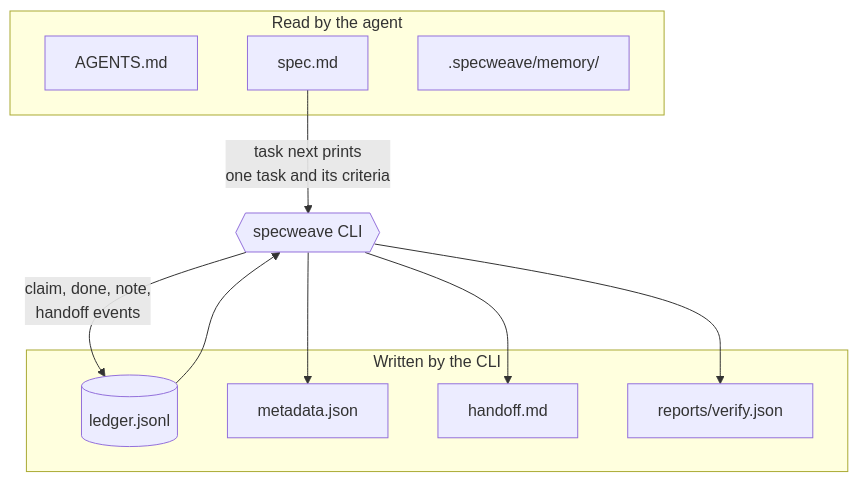
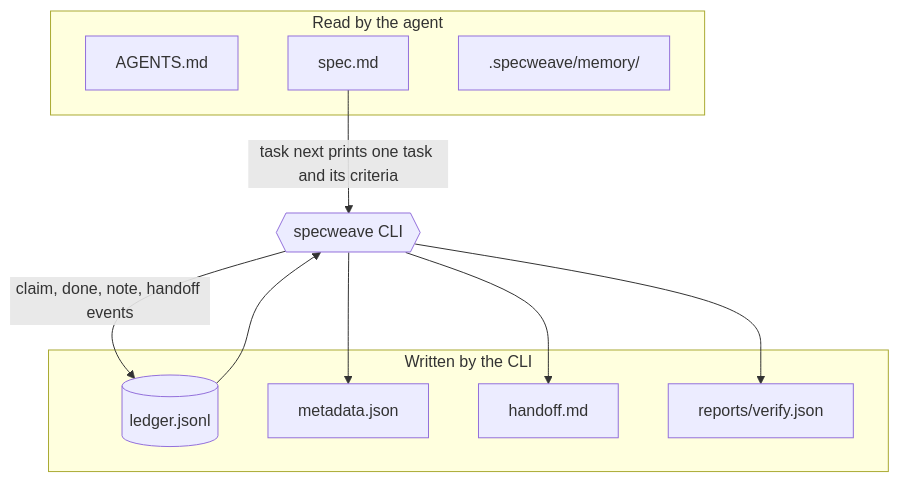
Before and after one commit to anton-abyzov/specweave: the first of 4 diagrams in docs-site/docs/overview/how-it-works.md, drawn with Mermaid. The commit also changed other lines of this file and 105 other files, not shown here.

Commit message:
Reorganize site content, add scroll sequences and tutorial guides

````diff
--- a/docs-site/docs/overview/how-it-works.md
+++ b/docs-site/docs/overview/how-it-works.md
@@ -29,20 +29,20 @@
 ```mermaid
 flowchart TB
   subgraph read[Read by the agent]
     agents[AGENTS.md]
     spec[spec.md]
     memory[.specweave/memory/]
   end
   subgraph written[Written by the CLI]
     ledger[(ledger.jsonl)]
     meta[metadata.json]
     handoff[handoff.md]
     verify[reports/verify.json]
   end
-  spec -->|task next prints<br/>one task and its criteria| cli{{specweave CLI}}
+  spec -->|task next prints one task and its criteria| cli{{specweave CLI}}
   ledger --> cli
-  cli -->|claim, done, note,<br/>handoff events| ledger
+  cli -->|claim, done, note, handoff events| ledger
   cli --> meta
   cli --> handoff
   cli --> verify
 ```
````
